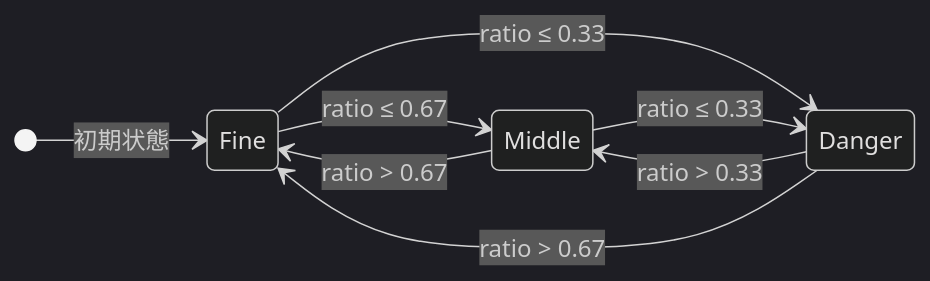
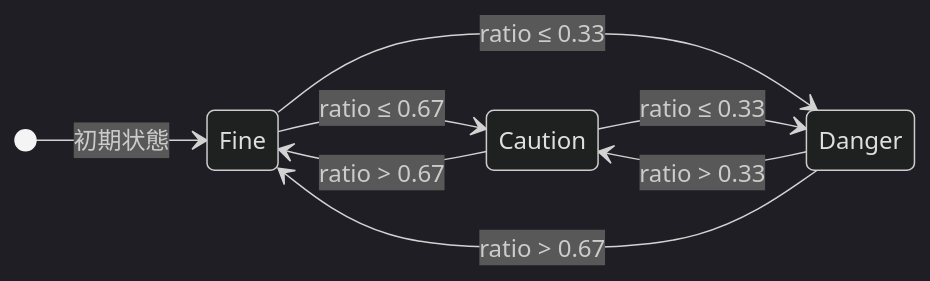
The sixth of 9 diagrams in chapter-01-player.md (fuddt/Cplus), drawn with Mermaid (dark theme) before and after one commit. The commit also changed other lines of this file, not shown here.

````diff
--- a/chapter-01-player.md
+++ b/chapter-01-player.md
@@ -201,15 +201,15 @@
 ```mermaid
 stateDiagram-v2
     direction LR
 
     [*] --> Fine : 初期状態
 
-    Fine   --> Middle : ratio ≤ 0.67
+    Fine   --> Caution : ratio ≤ 0.67
     Fine   --> Danger : ratio ≤ 0.33
 
-    Middle --> Fine   : ratio > 0.67
-    Middle --> Danger : ratio ≤ 0.33
+    Caution --> Fine   : ratio > 0.67
+    Caution --> Danger : ratio ≤ 0.33
 
-    Danger --> Middle : ratio > 0.33
+    Danger --> Caution : ratio > 0.33
     Danger --> Fine   : ratio > 0.67
 ```
````
